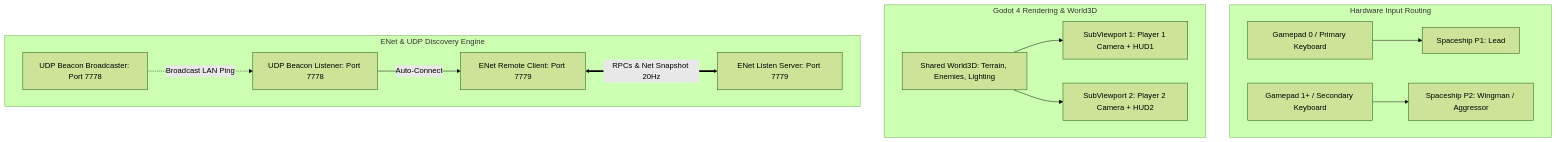
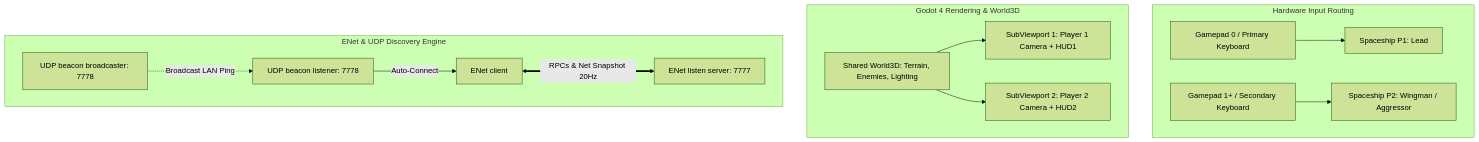
Before and after one commit to bokk3/Vanguard: the first of 2 diagrams in docs/MULTIPLAYER_AND_COOP_SYSTEM.md, drawn with Mermaid (forest theme). The commit also changed other lines of this file and 63 other files, not shown here.

````diff
--- a/docs/MULTIPLAYER_AND_COOP_SYSTEM.md
+++ b/docs/MULTIPLAYER_AND_COOP_SYSTEM.md
@@ -15,25 +17,25 @@
 ```mermaid
 graph TD
     subgraph INPUT [Hardware Input Routing]
         P1_In[Gamepad 0 / Primary Keyboard] --> LeadShip[Spaceship P1: Lead]
         P2_In[Gamepad 1+ / Secondary Keyboard] --> WingShip[Spaceship P2: Wingman / Aggressor]
     end
 
     subgraph ENGINE [Godot 4 Rendering & World3D]
         World[Shared World3D: Terrain, Enemies, Lighting]
         VP1[SubViewport 1: Player 1 Camera + HUD1]
         VP2[SubViewport 2: Player 2 Camera + HUD2]
         World --> VP1
         World --> VP2
     end
 
     subgraph NETWORK [ENet & UDP Discovery Engine]
-        BeaconServer[UDP Beacon Broadcaster: Port 7778]
-        BeaconClient[UDP Beacon Listener: Port 7778]
-        ENetServer[ENet Listen Server: Port 7779]
-        ENetClient[ENet Remote Client: Port 7779]
+        BeaconServer[UDP beacon broadcaster: 7778]
+        BeaconClient[UDP beacon listener: 7778]
+        ENetServer[ENet listen server: 7777]
+        ENetClient[ENet client]
         BeaconServer -.->|Broadcast LAN Ping| BeaconClient
         BeaconClient -->|Auto-Connect| ENetClient
         ENetClient <==>|RPCs & Net Snapshot 20Hz| ENetServer
     end
 ```
````
